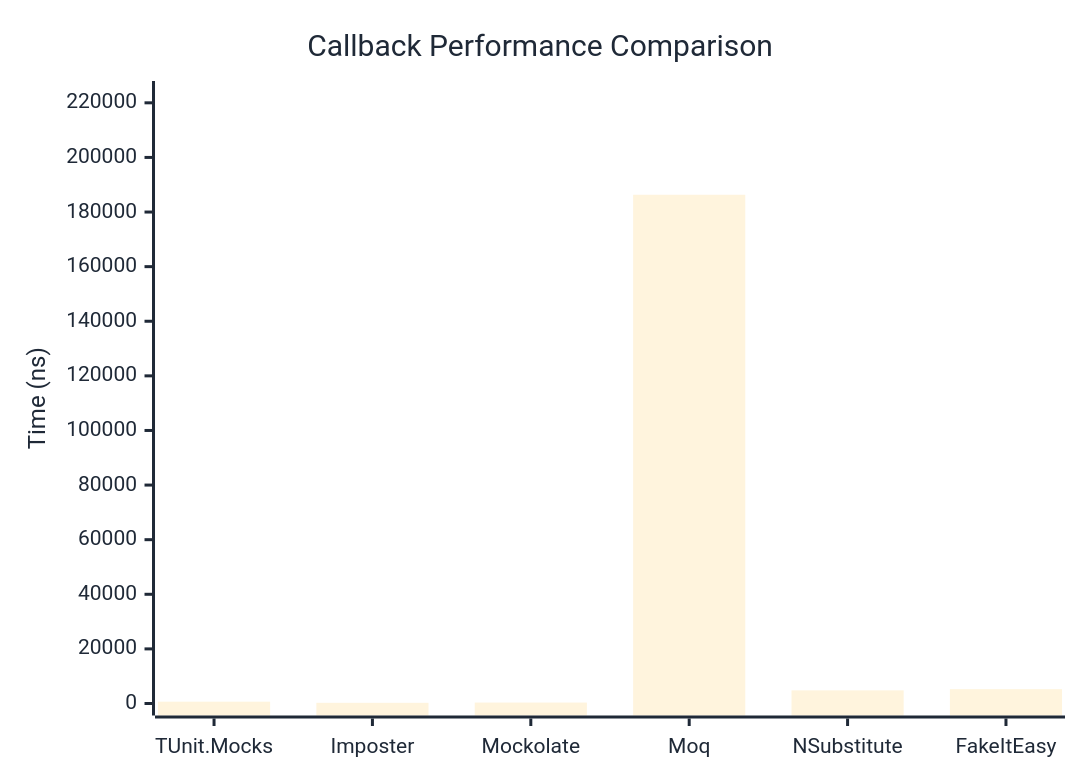
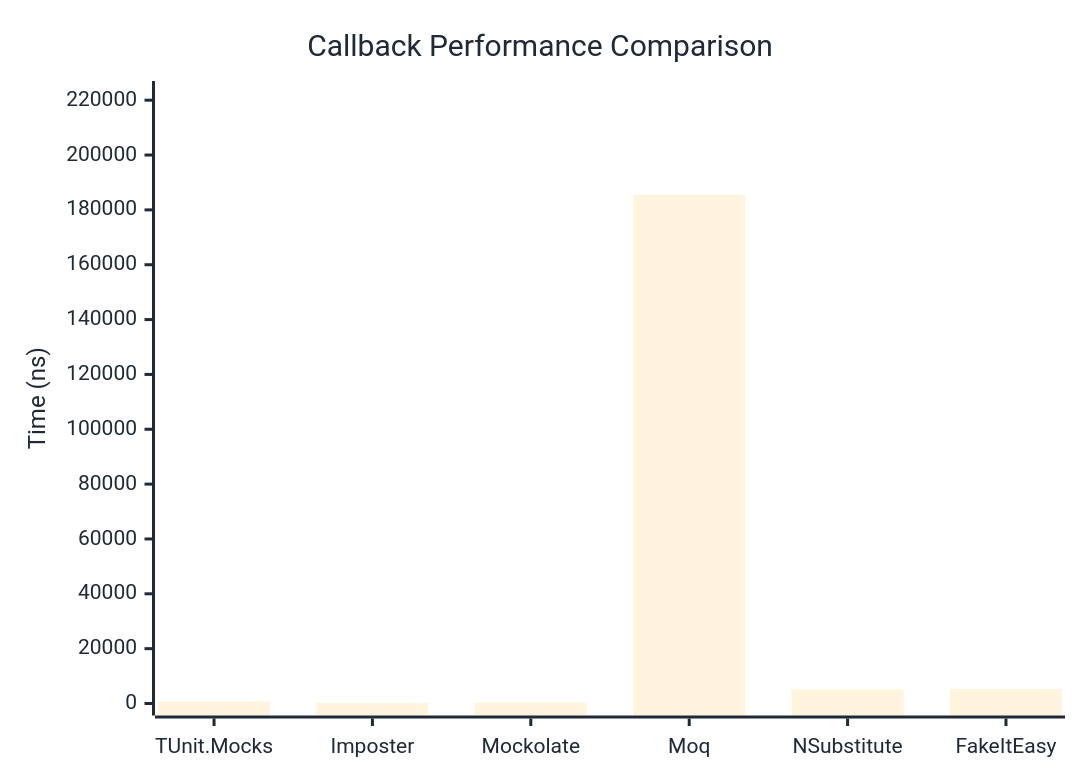
Before and after one commit to thomhurst/TUnit: the first of 2 diagrams in docs/docs/benchmarks/mocks/Callback.md, drawn with Mermaid. The commit also changed other lines of this file and 14 other files, not shown here.

````diff
--- a/docs/docs/benchmarks/mocks/Callback.md
+++ b/docs/docs/benchmarks/mocks/Callback.md
@@ -30,27 +30,27 @@
 ```mermaid
 %%{init: {
   'theme':'base',
   'themeVariables': {
     'primaryColor': '#2563eb',
     'primaryTextColor': '#1f2937',
     'primaryBorderColor': '#1e40af',
     'lineColor': '#6b7280',
     'secondaryColor': '#7c3aed',
     'tertiaryColor': '#dc2626',
     'background': '#ffffff',
     'pie1': '#2563eb',
     'pie2': '#7c3aed',
     'pie3': '#dc2626',
     'pie4': '#f59e0b',
     'pie5': '#10b981',
     'pie6': '#06b6d4',
     'pie7': '#ec4899',
     'pie8': '#6366f1'
   }
 }}%%
 xychart-beta
   title "Callback Performance Comparison"
   x-axis ["TUnit.Mocks", "Imposter", "Mockolate", "Moq", "NSubstitute", "FakeItEasy"]
-  y-axis "Time (ns)" 0 --> 223598
-  bar [666.8, 247.4, 347.3, 186331, 4812.7, 5247.2]
+  y-axis "Time (ns)" 0 --> 222620
+  bar [716.1, 259.6, 374.9, 185516.6, 5115.4, 5340]
 ```
````
